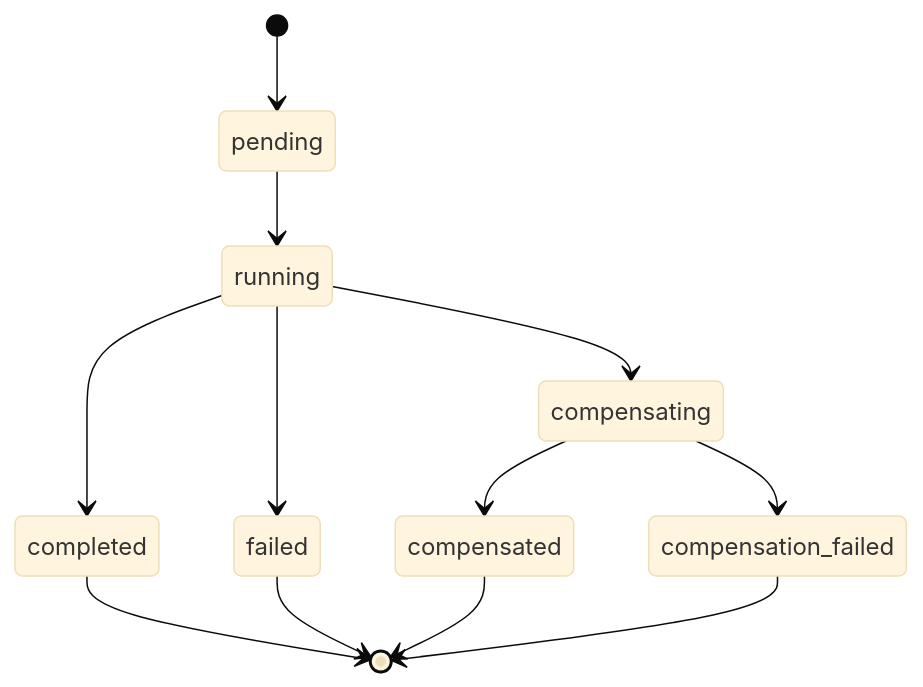
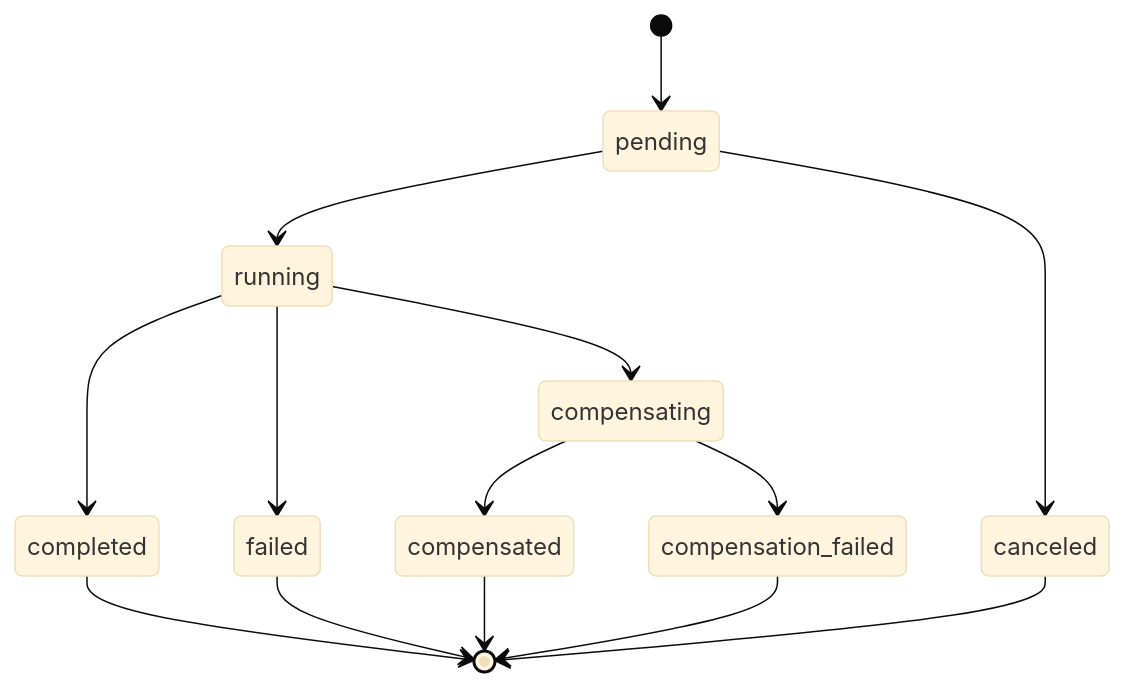
One commit to gurnoorpannu/Sentinel changed the first of 2 diagrams in docs/state-machines.md. Above: the diagram before and after it, drawn with Mermaid (base theme). The commit also changed other lines of this file and 8 other files, not shown here.

````diff
--- a/docs/state-machines.md
+++ b/docs/state-machines.md
@@ -8,14 +8,16 @@
 ```mermaid
 stateDiagram-v2
     [*] --> pending
     pending --> running
+    pending --> canceled
     running --> completed
     running --> compensating
     running --> failed
     compensating --> compensated
     compensating --> compensation_failed
     completed --> [*]
     failed --> [*]
     compensated --> [*]
     compensation_failed --> [*]
+    canceled --> [*]
 ```
````
